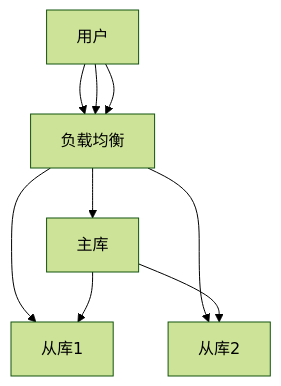
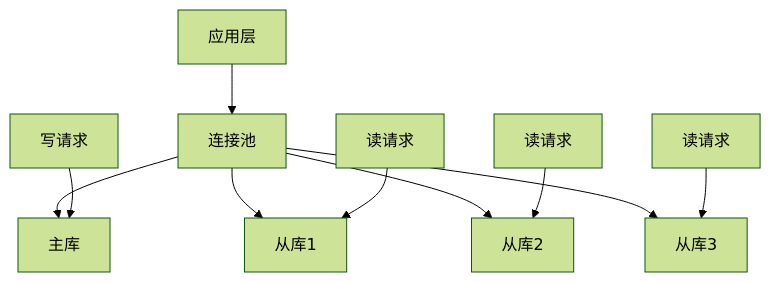
One commit to AdaMartin18010/Data-Science changed the second of 2 diagrams in Analysis/1-数据库系统/1.1-PostgreSQL/1.1.5-分布式与高可用.md. Above: the diagram before and after it, drawn with Mermaid (forest theme). The commit also changed other lines of this file and 168 other files, not shown here.

````diff
--- a/Analysis/1-数据库系统/1.1-PostgreSQL/1.1.5-分布式与高可用.md
+++ b/Analysis/1-数据库系统/1.1-PostgreSQL/1.1.5-分布式与高可用.md
@@ -32,8 +380,13 @@
 ```mermaid
-flowchart TD
-  U[用户] --> LB[负载均衡] --> M[主库]
-  U --> LB --> S1[从库1]
-  U --> LB --> S2[从库2]
-  M --> S1
-  M --> S2
+graph TD
+    A[应用层] --> B[连接池]
+    B --> C[主库]
+    B --> D[从库1]
+    B --> E[从库2]
+    B --> F[从库3]
+    
+    G[写请求] --> C
+    H[读请求] --> D
+    I[读请求] --> E
+    J[读请求] --> F
 ```
````
